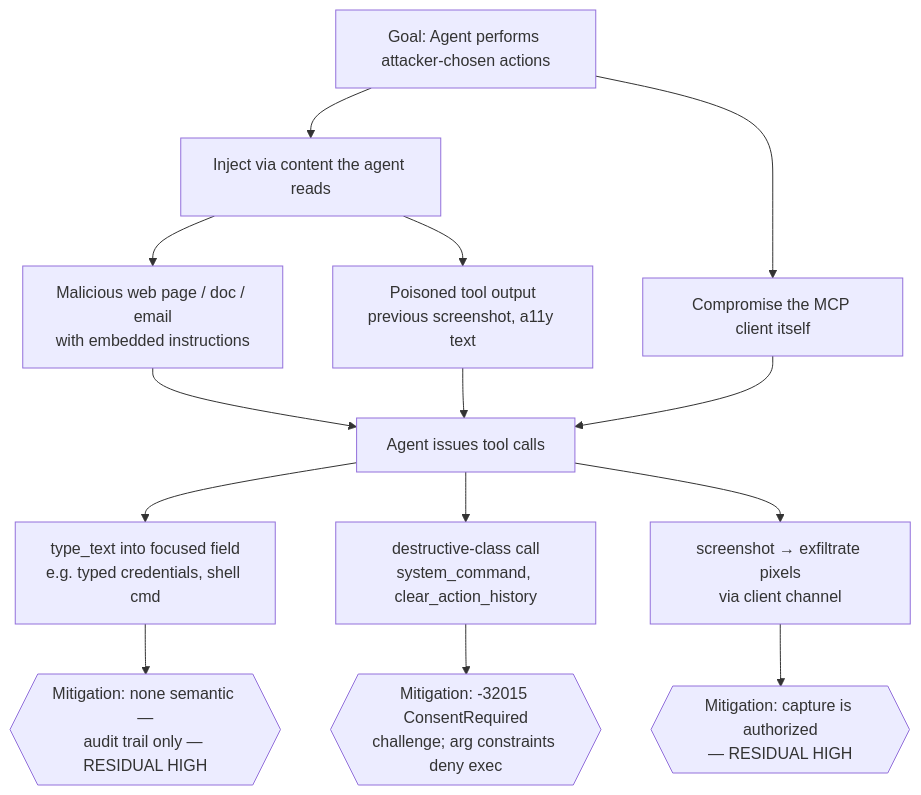
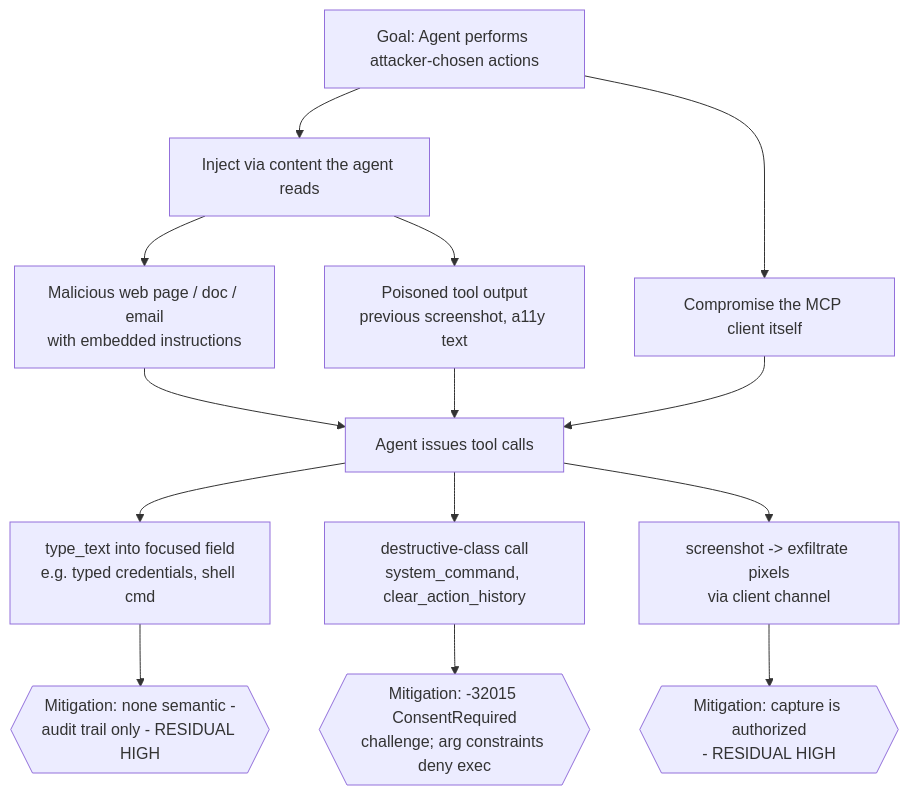
The first of 3 diagrams in docs/THREAT_MODEL.md (jxoesneon/ultranix-mcp), drawn with Mermaid before and after one commit. The commit also changed other lines of this file and 111 other files, not shown here.

````diff
--- a/docs/THREAT_MODEL.md
+++ b/docs/THREAT_MODEL.md
@@ -616,16 +594,16 @@
 ```mermaid
 graph TD
     A[Goal: Agent performs attacker-chosen actions] --> A1[Inject via content the agent reads]
     A --> A2[Compromise the MCP client itself]
     A1 --> A1a["Malicious web page / doc / email<br>with embedded instructions"]
     A1 --> A1b["Poisoned tool output<br>previous screenshot, a11y text"]
     A1a --> B[Agent issues tool calls]
     A1b --> B
     A2 --> B
     B --> C1["type_text into focused field<br>e.g. typed credentials, shell cmd"]
     B --> C2["destructive-class call<br>system_command, clear_action_history"]
-    B --> C3["screenshot → exfiltrate pixels<br>via client channel"]
-    C1 --> D1{{"Mitigation: none semantic —<br>audit trail only — RESIDUAL HIGH"}}
+    B --> C3["screenshot -> exfiltrate pixels<br>via client channel"]
+    C1 --> D1{{"Mitigation: none semantic -<br>audit trail only - RESIDUAL HIGH"}}
     C2 --> D2{{"Mitigation: -32015 ConsentRequired<br>challenge; arg constraints deny exec"}}
-    C3 --> D3{{"Mitigation: capture is authorized<br>— RESIDUAL HIGH"}}
+    C3 --> D3{{"Mitigation: capture is authorized<br>- RESIDUAL HIGH"}}
 ```
````
